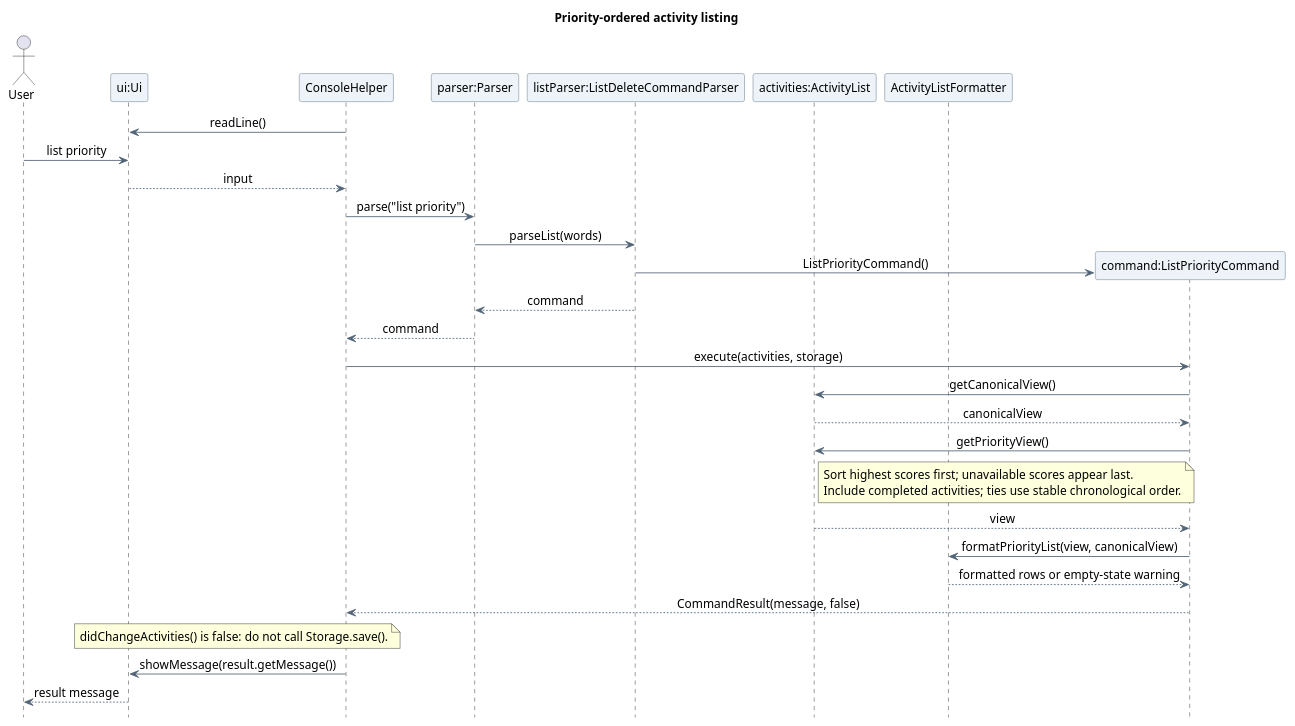
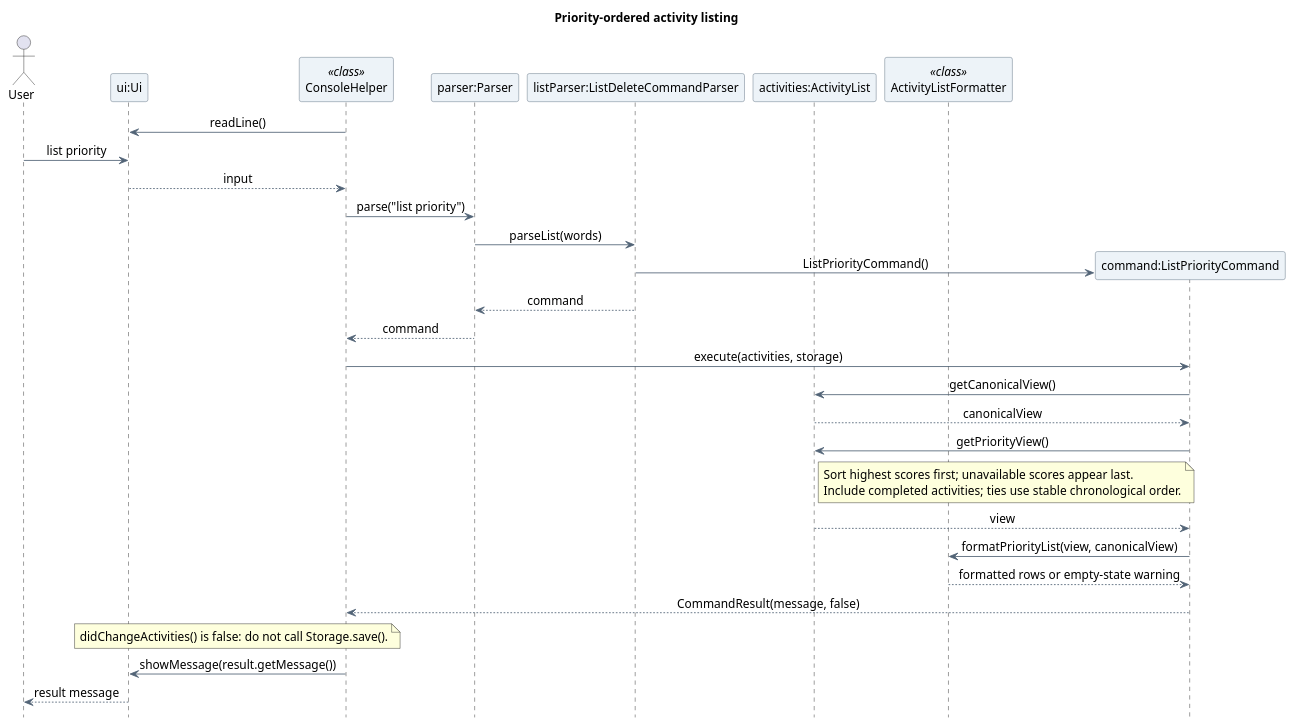
The diagram in docs/diagrams/asyraf/sequence/ListPrioritySequence.puml (AY2627S1-CS2113-T10-4/tp), drawn with PlantUML before and after one commit. The commit also changed 37 other files, not shown here.

First line of the commit message:
docs(uml): distinguish static helpers from object lifelines

```diff
--- a/docs/diagrams/asyraf/sequence/ListPrioritySequence.puml
+++ b/docs/diagrams/asyraf/sequence/ListPrioritySequence.puml
@@ -2,48 +2,48 @@
 @startuml
 title Priority-ordered activity listing
 skinparam backgroundColor white
 skinparam shadowing false
 skinparam defaultFontName SansSerif
 skinparam defaultFontSize 14
 skinparam ArrowColor #526477
 skinparam ParticipantBackgroundColor #EDF3F8
 skinparam ParticipantBorderColor #526477
 skinparam sequenceMessageAlign center
 hide footbox
 
 actor "User" as User
 participant "ui:Ui" as UI
-participant "ConsoleHelper" as Console
+participant "ConsoleHelper" as Console <<class>>
 participant "parser:Parser" as Parser
 participant "listParser:ListDeleteCommandParser" as ListParser
 participant "activities:ActivityList" as Activities
-participant "ActivityListFormatter" as Formatter
+participant "ActivityListFormatter" as Formatter <<class>>
 
 Console -> UI : readLine()
 User -> UI : list priority
 UI --> Console : input
 
 Console -> Parser : parse("list priority")
 Parser -> ListParser : parseList(words)
 create participant "command:ListPriorityCommand" as Query
 ListParser -> Query : ListPriorityCommand()
 ListParser --> Parser : command
 Parser --> Console : command
 Console -> Query : execute(activities, storage)
 Query -> Activities : getCanonicalView()
 Activities --> Query : canonicalView
 Query -> Activities : getPriorityView()
 note right of Activities
   Sort highest scores first; unavailable scores appear last.
   Include completed activities; ties use stable chronological order.
 end note
 Activities --> Query : view
 Query -> Formatter : formatPriorityList(view, canonicalView)
 Formatter --> Query : formatted rows or empty-state warning
 Query --> Console : CommandResult(message, false)
 note over Console, UI
   didChangeActivities() is false: do not call Storage.save().
 end note
 Console -> UI : showMessage(result.getMessage())
 UI --> User : result message
 @enduml
```
